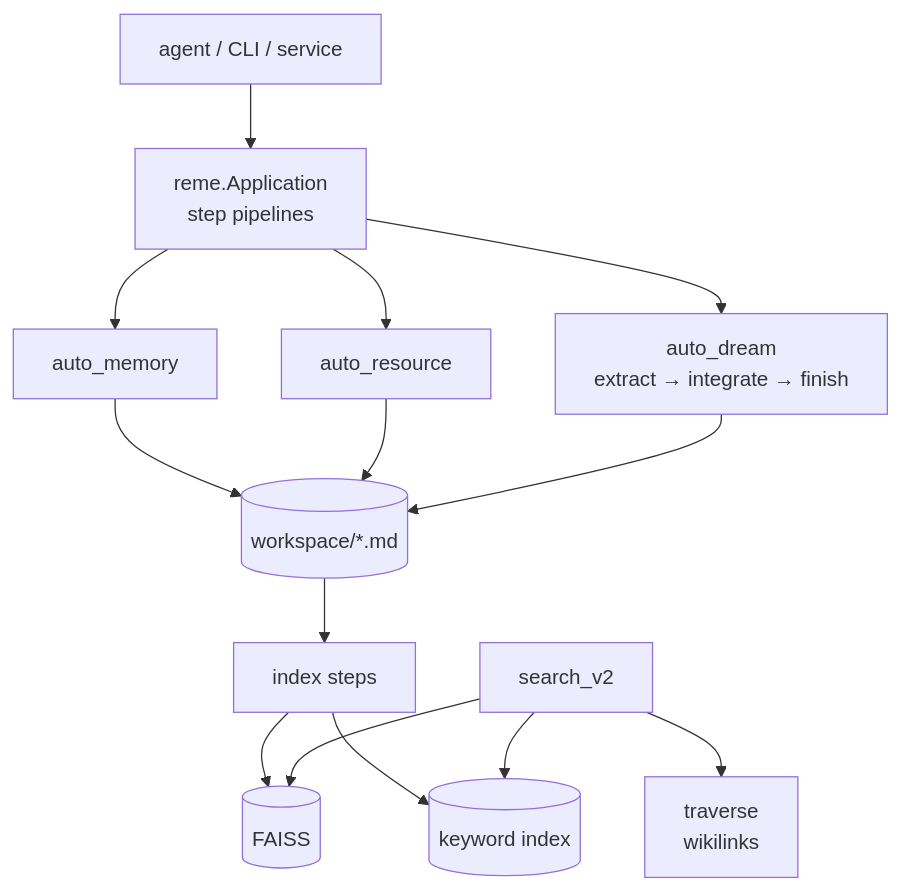
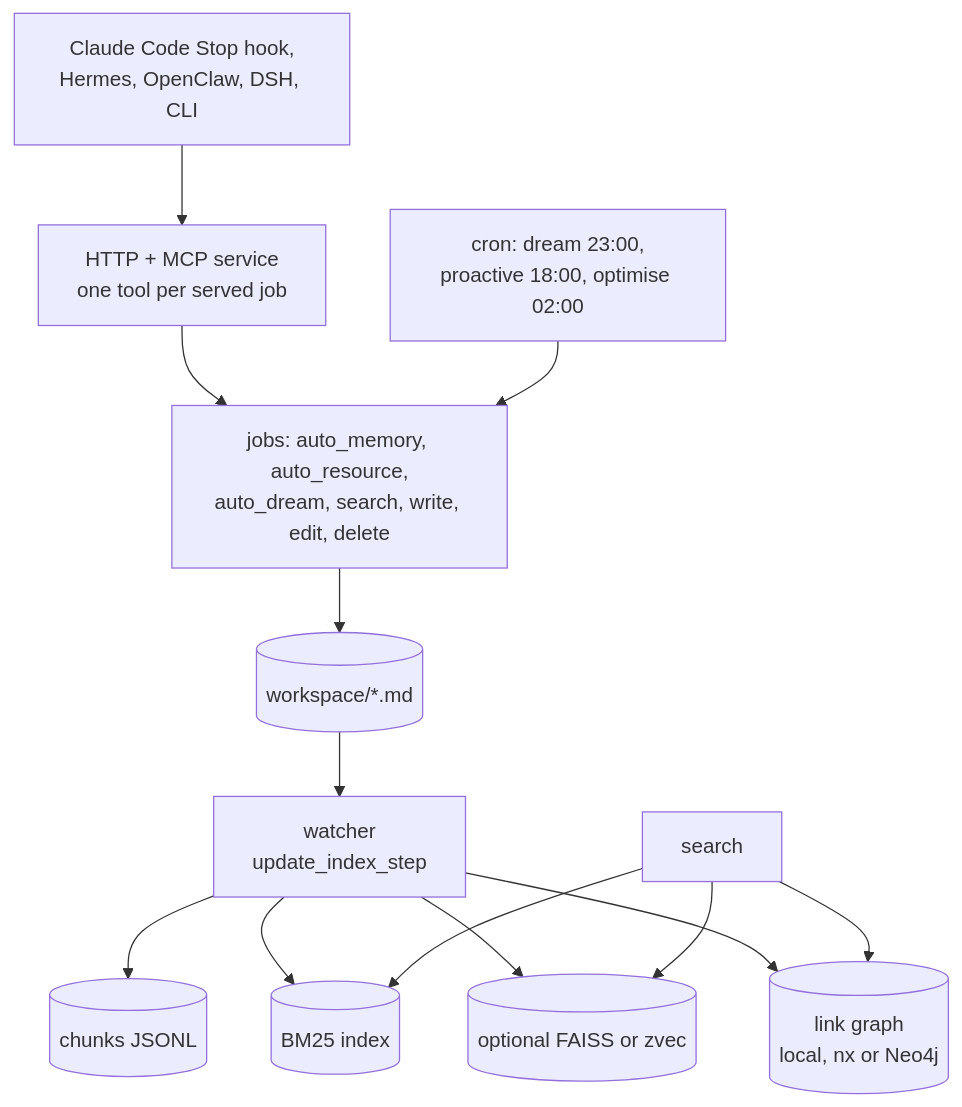
Before and after one commit to neoneye/agent-memory-atlas: the second of 2 diagrams in content/systems/reme.md, drawn with Mermaid. The commit also changed other lines of this file and 20 other files, not shown here.

````diff
--- a/content/systems/reme.md
+++ b/content/systems/reme.md
@@ -120,17 +134,16 @@
 ```mermaid
-%% caption: one pipeline writes markdown into a workspace and the indexes are derived from it, so the wikilink traverse and the two search arms read the same files
+%% caption: the notes are canonical; the chunk store, the BM25 index, the optional vector backend and the link graph are projections a watcher keeps in step
 flowchart TD
-    A["agent / CLI / service"] --> S["reme.Application<br/>step pipelines"]
-    S --> AM["auto_memory"]
-    S --> AR["auto_resource"]
-    S --> AD["auto_dream<br/>extract → integrate → finish"]
-    AM --> FS[("workspace/*.md")]
-    AR --> FS
-    AD --> FS
-    FS --> IDX["index steps"]
-    IDX --> V[("FAISS")]
-    IDX --> K[("keyword index")]
-    Q["search_v2"] --> V
-    Q --> K
-    Q --> T["traverse<br/>wikilinks"]
+    H["Claude Code Stop hook,<br/>Hermes, OpenClaw, DSH, CLI"] --> S["HTTP + MCP service<br/>one tool per served job"]
+    S --> J["jobs: auto_memory, auto_resource,<br/>auto_dream, search, write, edit, delete"]
+    CR["cron: dream 23:00,<br/>proactive 18:00, optimise 02:00"] --> J
+    J --> FS[("workspace/*.md")]
+    FS --> W["watcher<br/>update_index_step"]
+    W --> CH[("chunks JSONL")]
+    W --> K[("BM25 index")]
+    W --> V[("optional FAISS or zvec")]
+    W --> G[("link graph<br/>local, nx or Neo4j")]
+    Q["search"] --> K
+    Q --> V
+    Q --> G
 ```
````
